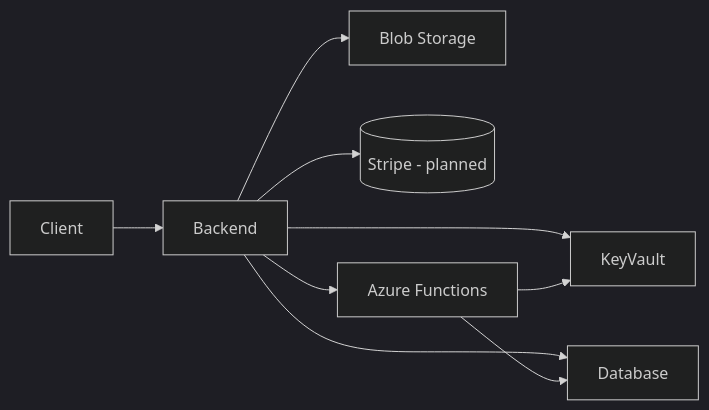
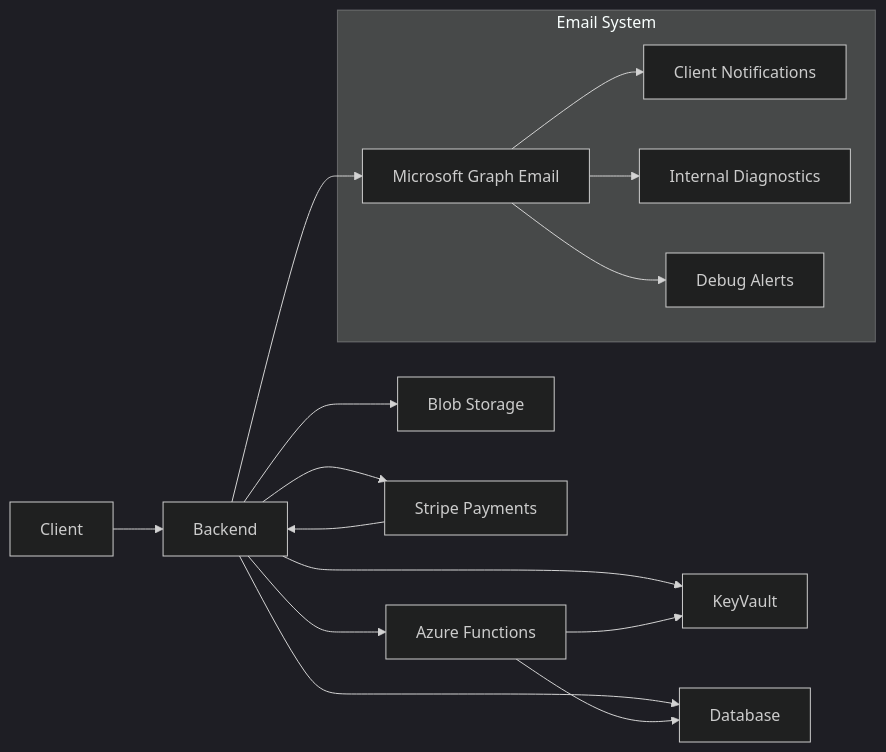
The diagram in docs/architecture.md (HelixAutomations/instruct-pitch), drawn with Mermaid (dark theme) before and after one commit. The commit also changed other lines of this file and 7 other files, not shown here.

Commit message:
Complete documentation overhaul - email system, Stripe integration, UI improvements, development guides

````diff
--- a/docs/architecture.md
+++ b/docs/architecture.md
@@ -25,12 +52,19 @@
 ```mermaid
 flowchart LR
     Client-->Backend
     Backend-->KeyVault
     Backend-->SQLDB[Database]
     Backend-->Blob[Blob Storage]
-    %% Payments layer (Stripe planned)
-    Backend-->Payments[(Stripe - planned)]
+    Backend-->Stripe[Stripe Payments]
+    Backend-->Graph[Microsoft Graph Email]
+    Stripe-->Backend
     Backend-->Functions[Azure Functions]
     Functions-->SQLDB
     Functions-->KeyVault
+    
+    subgraph Email System
+        Graph-->Client_Emails[Client Notifications]
+        Graph-->Internal_Emails[Internal Diagnostics]
+        Graph-->Debug_Alerts[Debug Alerts]
+    end
 ```
````
